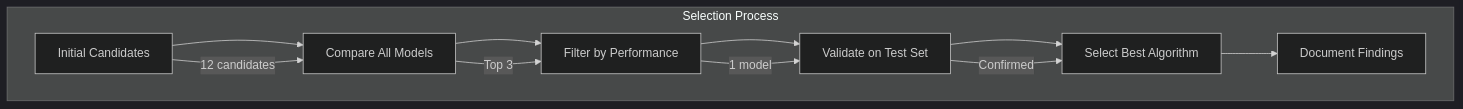
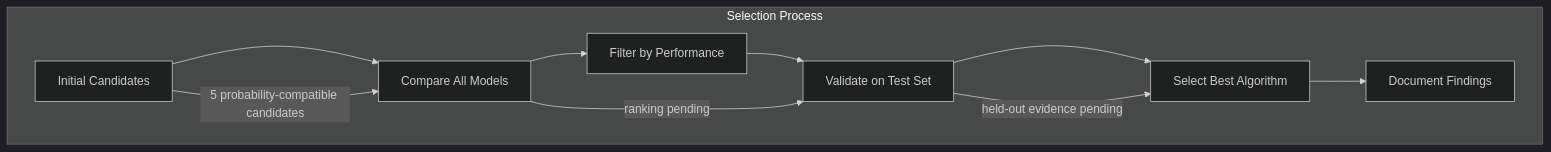
Before and after one commit to Evintkoo/2048-ml: the first of 4 diagrams in plans/05-Model/01-Algorithm/03-best-algorithm-finding.md, drawn with Mermaid (dark theme). The commit also changed other lines of this file and 67 other files, not shown here.

````diff
--- a/plans/05-Model/01-Algorithm/03-best-algorithm-finding.md
+++ b/plans/05-Model/01-Algorithm/03-best-algorithm-finding.md
@@ -22,15 +22,14 @@
 ```mermaid
 flowchart TD
     subgraph "Selection Process"
         Start[Initial Candidates] --> Compare[Compare All Models]
         Compare --> Filter[Filter by Performance]
         Filter --> Validate[Validate on Test Set]
         Validate --> Select[Select Best Algorithm]
         Select --> Document[Document Findings]
     end
     
-    Start --> |12 candidates| Compare
-    Compare --> |Top 3| Filter
-    Filter --> |1 model| Validate
-    Validate --> |Confirmed| Select
+    Start --> |5 probability-compatible candidates| Compare
+    Compare --> |ranking pending| Validate
+    Validate --> |held-out evidence pending| Select
 ```
````
